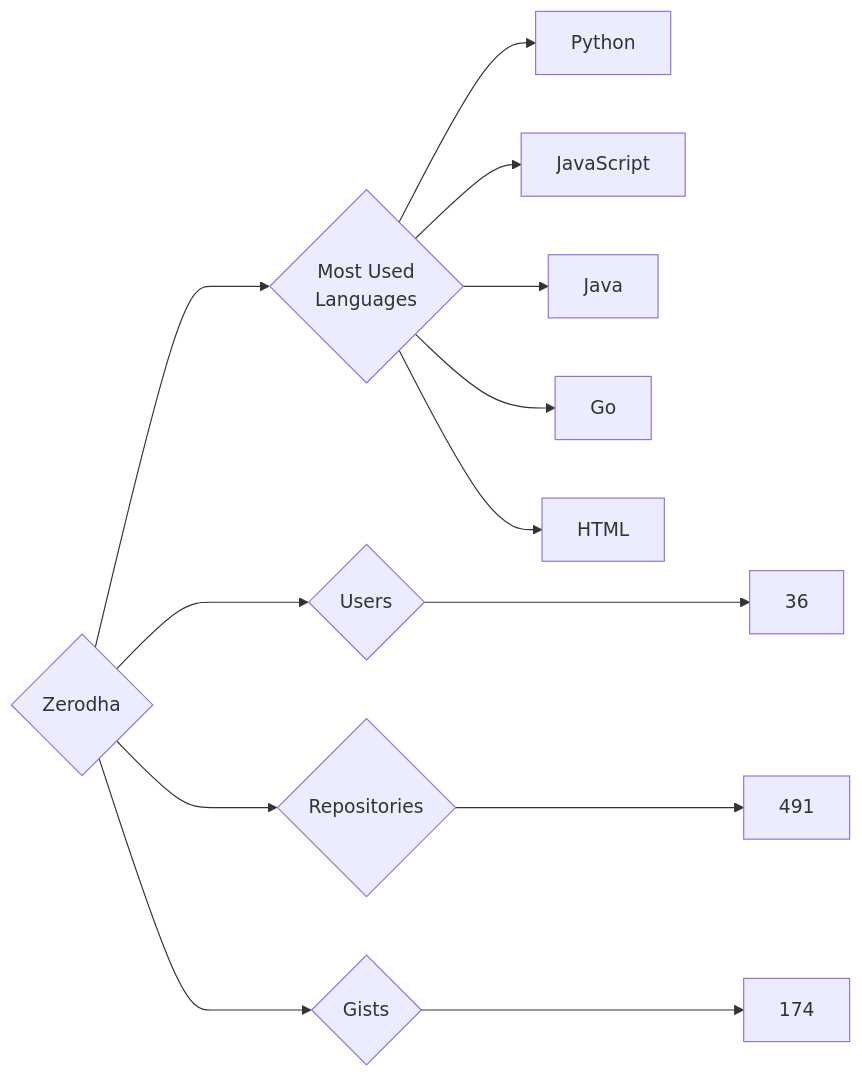
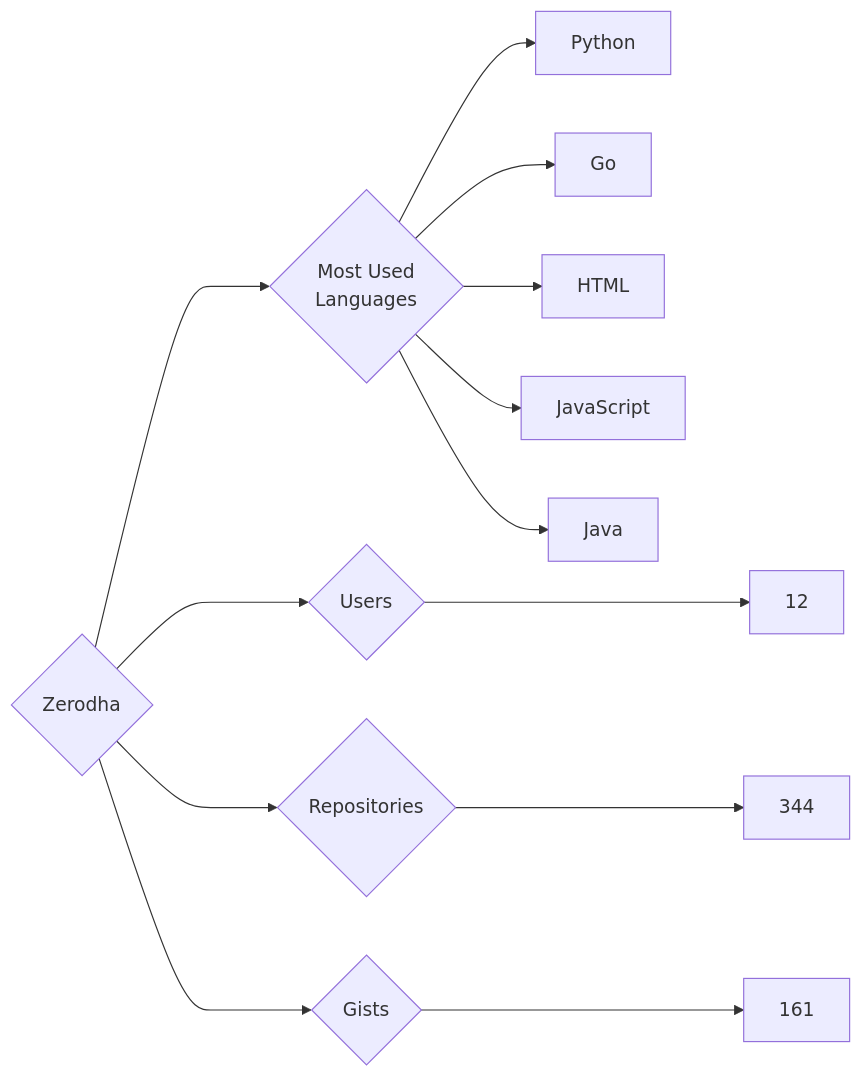
The diagram in targets/Zerodha/README.md (trickest/insiders), drawn with Mermaid before and after one commit. The commit also changed 787 other files, not shown here.

````diff
--- a/targets/Zerodha/README.md
+++ b/targets/Zerodha/README.md
@@ -3,13 +3,13 @@
 ```mermaid
 graph LR
 COMPANY_NAME{Zerodha}
-COMPANY_NAME ---> U{Users} ---> UN[36]
-COMPANY_NAME ---> R{Repositories} ---> RN[491]
-COMPANY_NAME ---> G{Gists} ---> GN[174]
+COMPANY_NAME ---> U{Users} ---> UN[12]
+COMPANY_NAME ---> R{Repositories} ---> RN[344]
+COMPANY_NAME ---> G{Gists} ---> GN[161]
 COMPANY_NAME ---> ML{Most Used<br>Languages}
 ML --> Python[Python]
+ML --> Go[Go]
+ML --> HTML[HTML]
 ML --> JavaScript[JavaScript]
 ML --> Java[Java]
-ML --> Go[Go]
-ML --> HTML[HTML]
 ```
````
